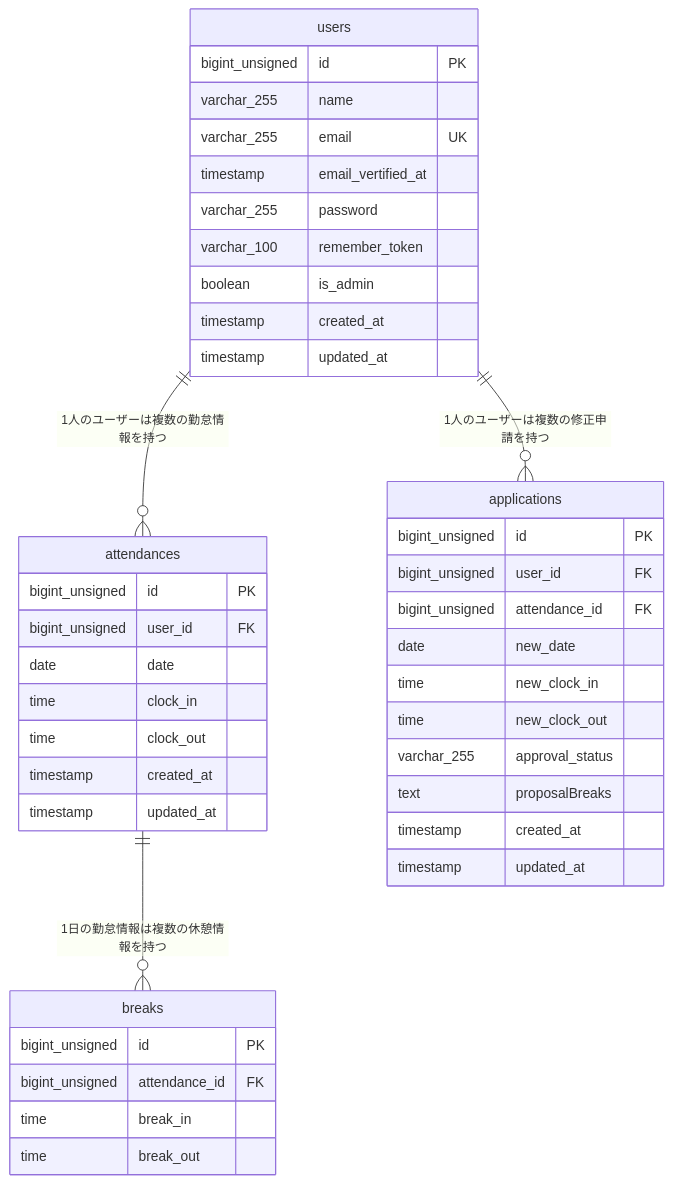
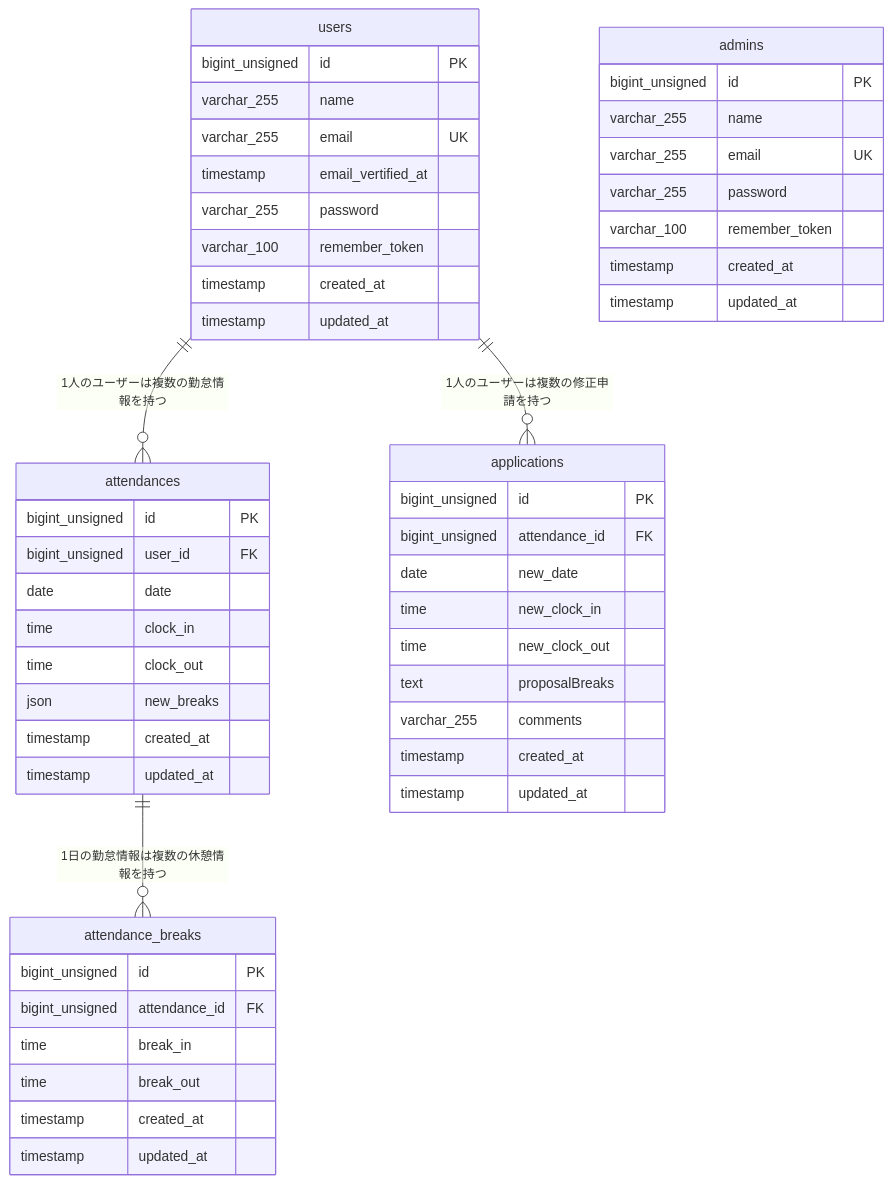
The diagram in README.md (Ma-Namba/attendance-app), drawn with Mermaid before and after one commit. The commit also changed other lines of this file and 10 other files, not shown here.

````diff
--- a/README.md
+++ b/README.md
@@ -115,45 +115,55 @@
 ```mermaid
 erDiagram
 users ||--o{ attendances: "1人のユーザーは複数の勤怠情報を持つ"
 users ||--o{ applications:"1人のユーザーは複数の修正申請を持つ"
-attendances ||--o{ breaks:"1日の勤怠情報は複数の休憩情報を持つ"
+attendances ||--o{ attendance_breaks:"1日の勤怠情報は複数の休憩情報を持つ"
 
     users{
 bigint_unsigned id PK
 varchar_255 name
 varchar_255 email UK
 timestamp email_vertified_at
 varchar_255 password
 varchar_100 remember_token
-boolean is_admin
+timestamp created_at
+timestamp updated_at
+}
+    admins{
+bigint_unsigned id PK
+varchar_255 name
+varchar_255 email UK
+varchar_255 password
+varchar_100 remember_token
 timestamp created_at
 timestamp updated_at
 }
     attendances{
 bigint_unsigned id PK
 bigint_unsigned user_id FK
 date date
 time clock_in
 time clock_out
+json new_breaks
 timestamp created_at
 timestamp updated_at
 }
     applications{
 bigint_unsigned id PK
-bigint_unsigned user_id FK
 bigint_unsigned attendance_id FK
 date new_date
 time new_clock_in
 time new_clock_out
-varchar_255 approval_status
 text proposalBreaks
+varchar_255 comments
 timestamp created_at
 timestamp updated_at
 }
-    breaks{
+    attendance_breaks{
 bigint_unsigned id PK
 bigint_unsigned attendance_id FK
 time break_in
 time break_out
+timestamp created_at
+timestamp updated_at
 }
 ```
````
